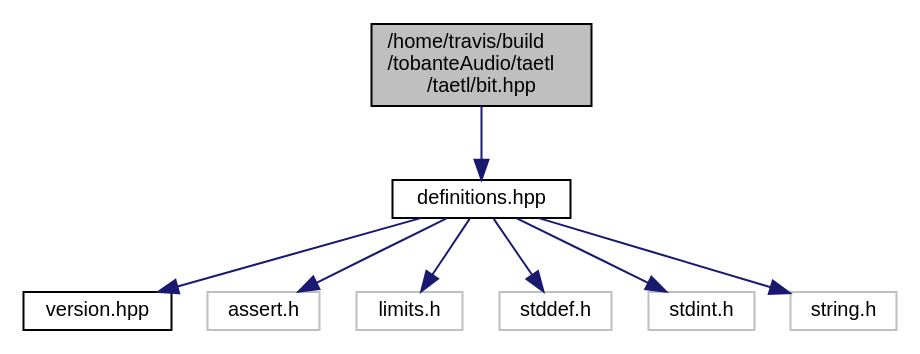
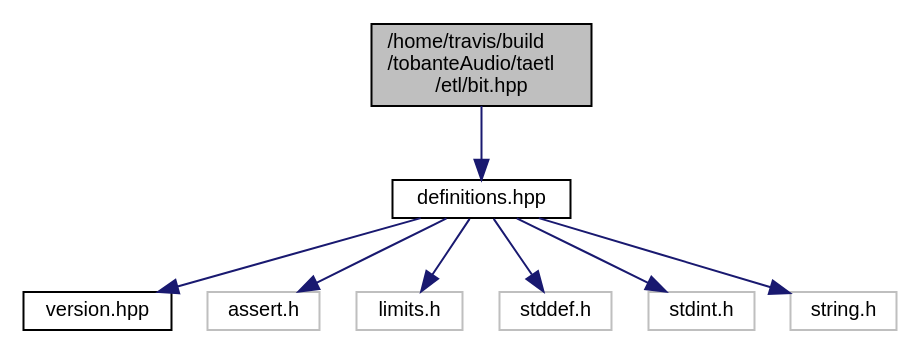
The diagram in bit_8hpp__incl.dot (tobanteAudio/taetl), drawn with Graphviz before and after one commit. The commit also changed 915 other files, not shown here.

Commit message:
Deploy tobanteAudio/taetl to github.com/tobanteAudio/taetl.git:gh-pages

```diff
--- a/bit_8hpp__incl.dot
+++ b/bit_8hpp__incl.dot
@@ -1,20 +1,20 @@
-digraph "/home/travis/build/tobanteAudio/taetl/taetl/bit.hpp"
+digraph "/home/travis/build/tobanteAudio/taetl/etl/bit.hpp"
 {
   edge [fontname="Helvetica",fontsize="10",labelfontname="Helvetica",labelfontsize="10"];
   node [fontname="Helvetica",fontsize="10",shape=record];
-  Node0 [label="/home/travis/build\l/tobanteAudio/taetl\l/taetl/bit.hpp",height=0.2,width=0.4,color="black", fillcolor="grey75", style="filled", fontcolor="black"];
+  Node0 [label="/home/travis/build\l/tobanteAudio/taetl\l/etl/bit.hpp",height=0.2,width=0.4,color="black", fillcolor="grey75", style="filled", fontcolor="black"];
   Node0 -> Node1 [color="midnightblue",fontsize="10",style="solid",fontname="Helvetica"];
   Node1 [label="definitions.hpp",height=0.2,width=0.4,color="black", fillcolor="white", style="filled",URL="$definitions_8hpp.html"];
   Node1 -> Node2 [color="midnightblue",fontsize="10",style="solid",fontname="Helvetica"];
   Node2 [label="version.hpp",height=0.2,width=0.4,color="black", fillcolor="white", style="filled",URL="$version_8hpp.html"];
   Node1 -> Node3 [color="midnightblue",fontsize="10",style="solid",fontname="Helvetica"];
   Node3 [label="assert.h",height=0.2,width=0.4,color="grey75", fillcolor="white", style="filled"];
   Node1 -> Node4 [color="midnightblue",fontsize="10",style="solid",fontname="Helvetica"];
   Node4 [label="limits.h",height=0.2,width=0.4,color="grey75", fillcolor="white", style="filled"];
   Node1 -> Node5 [color="midnightblue",fontsize="10",style="solid",fontname="Helvetica"];
   Node5 [label="stddef.h",height=0.2,width=0.4,color="grey75", fillcolor="white", style="filled"];
   Node1 -> Node6 [color="midnightblue",fontsize="10",style="solid",fontname="Helvetica"];
   Node6 [label="stdint.h",height=0.2,width=0.4,color="grey75", fillcolor="white", style="filled"];
   Node1 -> Node7 [color="midnightblue",fontsize="10",style="solid",fontname="Helvetica"];
   Node7 [label="string.h",height=0.2,width=0.4,color="grey75", fillcolor="white", style="filled"];
 }
```
